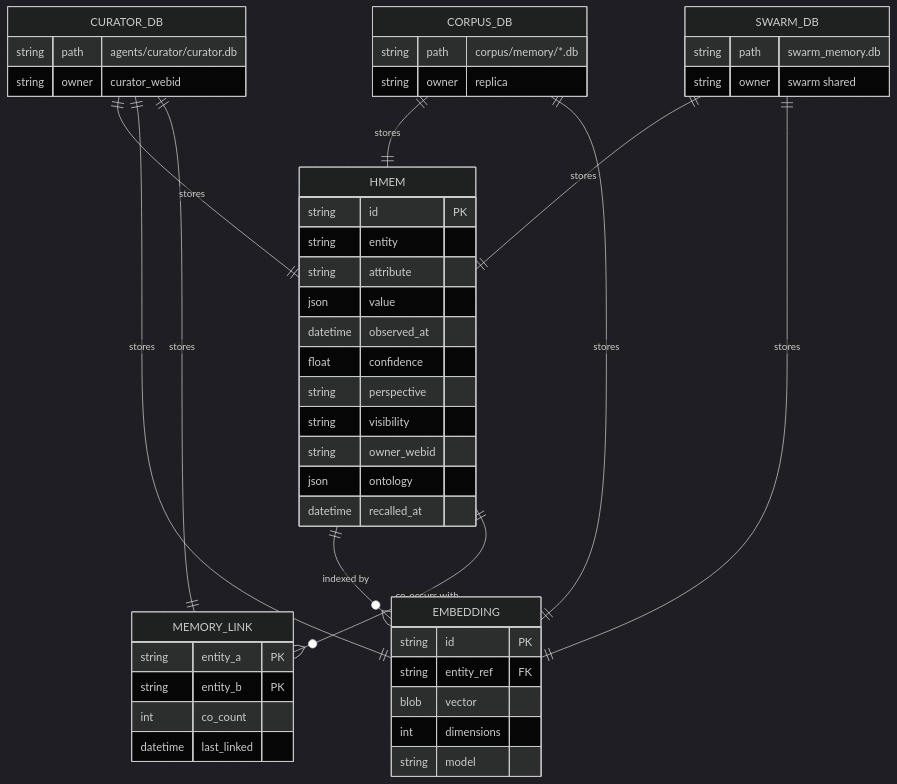
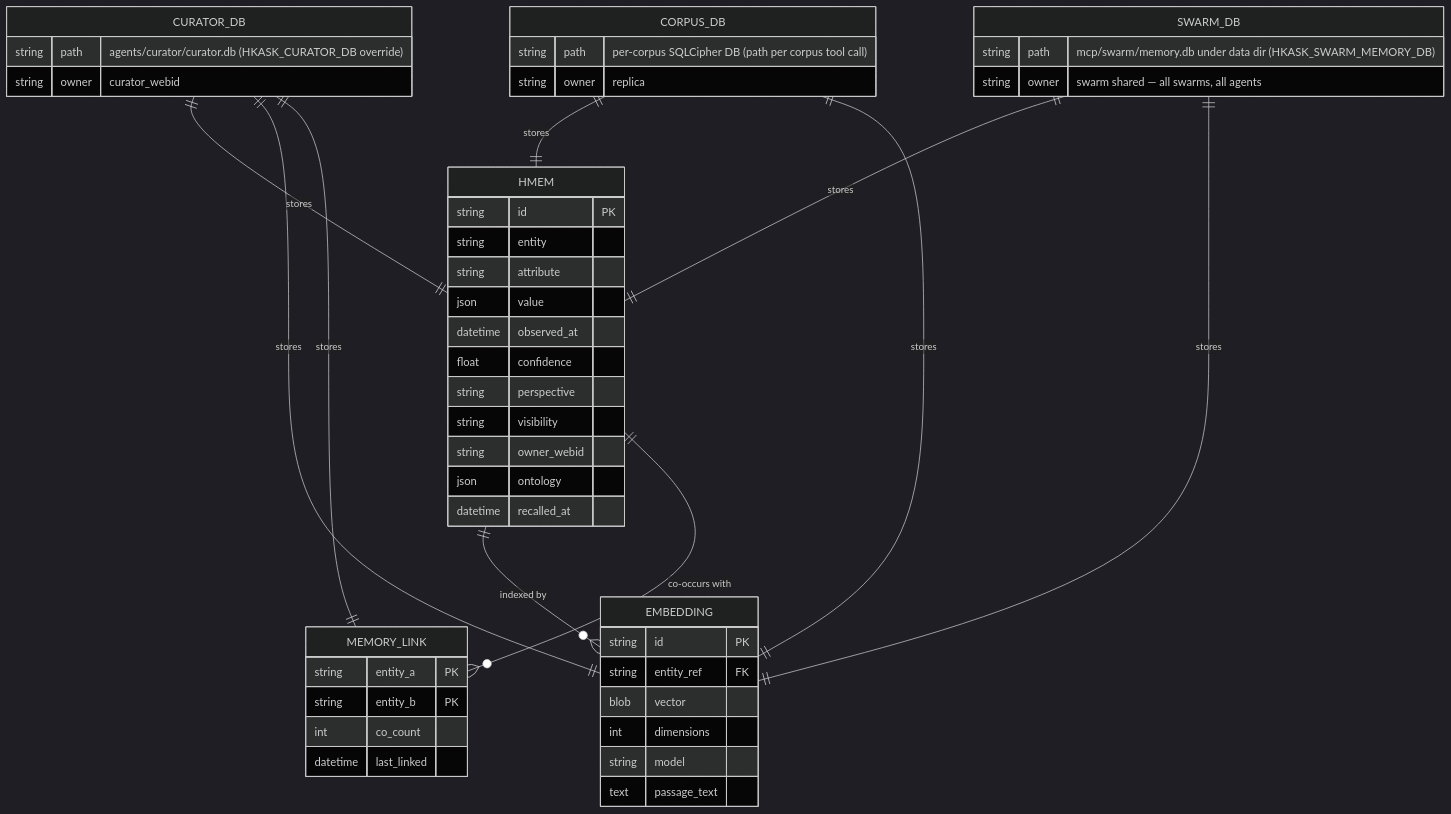
Before and after one commit to mdz-axo/zed-kask: the second of 9 diagrams in kask/docs/architecture/memory-system-and-therapy.md, drawn with Mermaid (dark theme). The commit also changed other lines of this file and 34 other files, not shown here.

````diff
--- a/kask/docs/architecture/memory-system-and-therapy.md
+++ b/kask/docs/architecture/memory-system-and-therapy.md
@@ -98,52 +115,53 @@
 ```mermaid
 erDiagram
     HMEM ||--o{ EMBEDDING : "indexed by"
     HMEM ||--o{ MEMORY_LINK : "co-occurs with"
     HMEM {
         string id PK
         string entity
         string attribute
         json value
         datetime observed_at
         float confidence
         string perspective
         string visibility
         string owner_webid
         json ontology
         datetime recalled_at
     }
     EMBEDDING {
         string id PK
         string entity_ref FK
         blob vector
         int dimensions
         string model
+        text passage_text
     }
     MEMORY_LINK {
         string entity_a PK
         string entity_b PK
         int co_count
         datetime last_linked
     }
 
     CURATOR_DB ||--|| HMEM : "stores"
     CURATOR_DB ||--|| EMBEDDING : "stores"
     CURATOR_DB ||--|| MEMORY_LINK : "stores"
     CORPUS_DB ||--|| HMEM : "stores"
     CORPUS_DB ||--|| EMBEDDING : "stores"
     SWARM_DB ||--|| HMEM : "stores"
     SWARM_DB ||--|| EMBEDDING : "stores"
 
     CURATOR_DB {
-        string path "agents/curator/curator.db"
+        string path "agents/curator/curator.db (HKASK_CURATOR_DB override)"
         string owner "curator_webid"
     }
     CORPUS_DB {
-        string path "corpus/memory/*.db"
+        string path "per-corpus SQLCipher DB (path per corpus tool call)"
         string owner "replica"
     }
     SWARM_DB {
-        string path "swarm_memory.db"
-        string owner "swarm shared"
+        string path "mcp/swarm/memory.db under data dir (HKASK_SWARM_MEMORY_DB)"
+        string owner "swarm shared — all swarms, all agents"
     }
 ```
````
